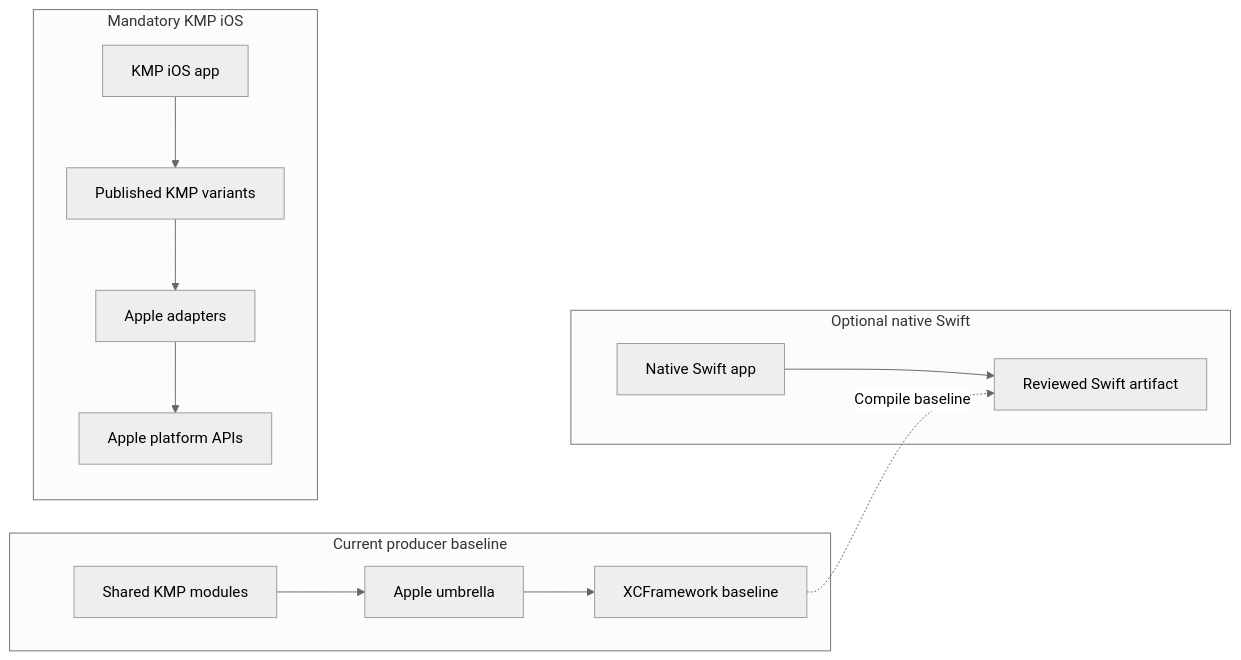
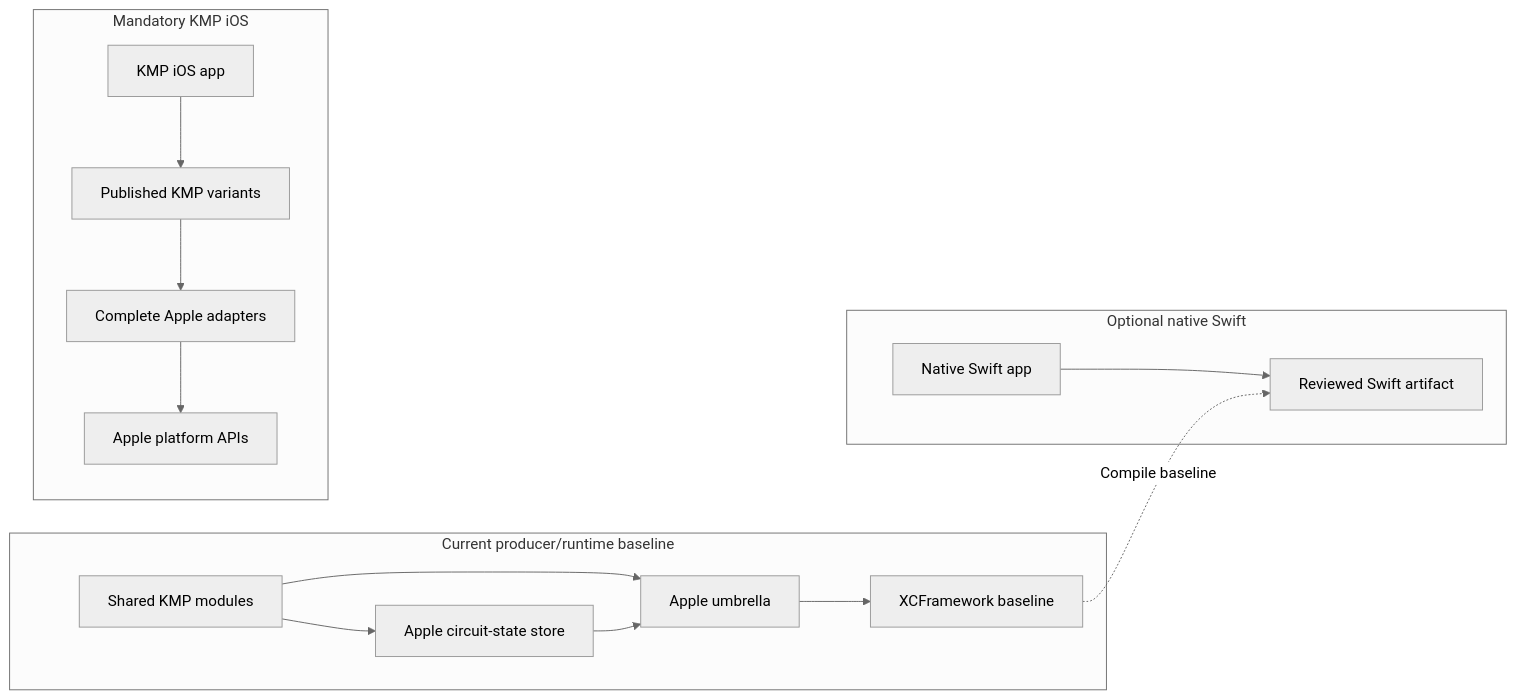
Before and after one commit to dataloom-sdk/dataloom: the diagram in docs/apple/README.md, drawn with Mermaid (neutral theme). The commit also changed other lines of this file and 6 other files, not shown here.

First line of the commit message:
DL-040: add production Apple circuit state persistence (#146)

````diff
--- a/docs/apple/README.md
+++ b/docs/apple/README.md
@@ -36,25 +39,28 @@
 ```mermaid
 flowchart LR
-    subgraph currentBaseline["Current producer baseline"]
+    subgraph currentBaseline["Current producer/runtime baseline"]
         sharedCode["Shared KMP modules"]
+        circuitStore["Apple circuit-state store"]
         appleUmbrella["Apple umbrella"]
         currentFramework["XCFramework baseline"]
+        sharedCode --> circuitStore
         sharedCode --> appleUmbrella --> currentFramework
+        circuitStore --> appleUmbrella
     end
 
     subgraph requiredPath["Mandatory KMP iOS"]
         kmpApp["KMP iOS app"]
         publishedVariants["Published KMP variants"]
-        iosAdapters["Apple adapters"]
+        iosAdapters["Complete Apple adapters"]
         appleApis["Apple platform APIs"]
         kmpApp --> publishedVariants --> iosAdapters --> appleApis
     end
 
     subgraph optionalPath["Optional native Swift"]
         swiftApp["Native Swift app"]
         swiftArtifact["Reviewed Swift artifact"]
         swiftApp --> swiftArtifact
     end
 
     currentFramework -.->|"Compile baseline"| swiftArtifact
 ```
````
